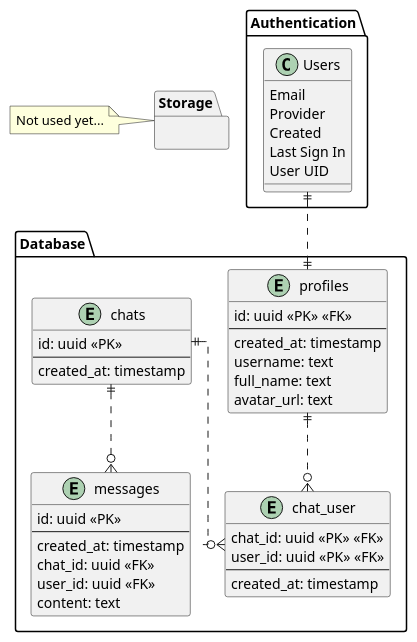
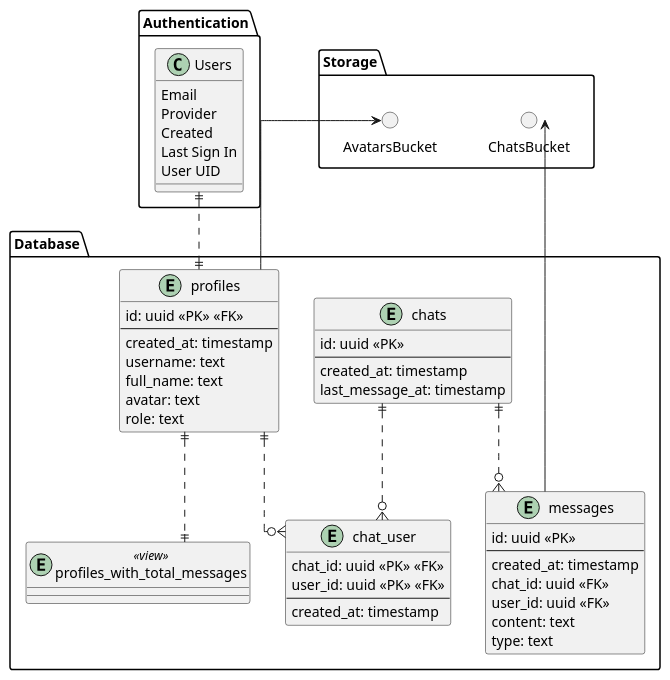
The diagram in docs/uml/supabase.puml (vuedev2113/NuxtChatApp), drawn with PlantUML before and after one commit. The commit also changed 1 other file, not shown here.

Commit message:
docs: update supabase uml

```diff
--- a/docs/uml/supabase.puml
+++ b/docs/uml/supabase.puml
@@ -1,57 +1,70 @@
 @startuml supabase
 
 skinparam Linetype ortho
 
 package Database {
     entity profiles {
         id: uuid <<PK>> <<FK>>
         --
         created_at: timestamp
         username: text
         full_name: text
-        avatar_url: text
+        avatar: text
+        role: text
     }
 
     entity chats {
         id: uuid <<PK>>
         --
         created_at: timestamp
+        last_message_at: timestamp
     }
 
     entity chat_user {
         chat_id: uuid <<PK>> <<FK>>
         user_id: uuid <<PK>> <<FK>>
         --
         created_at: timestamp
     }
 
     entity messages {
         id: uuid <<PK>>
         --
         created_at: timestamp
         chat_id: uuid <<FK>>
         user_id: uuid <<FK>>
         content: text
+        type: text
     }
+
+    entity profiles_with_total_messages <<view>> {}
 
     chats ||..o{ messages
     profiles ||..o{ chat_user
     chats ||..o{ chat_user
+    profiles ||..|| profiles_with_total_messages
+
 }
 
 package Authentication {
     class Users {
         Email
         Provider
         Created
         Last Sign In
         User UID
     }
 
     Users ||..|| profiles
 }
 
-package Storage {}
-note left of Storage: Not used yet...
+package Storage {
+    circle AvatarsBucket
+
+    circle ChatsBucket
+}
+
+AvatarsBucket <-- profiles
+ChatsBucket <-- messages
 
 @enduml
```
